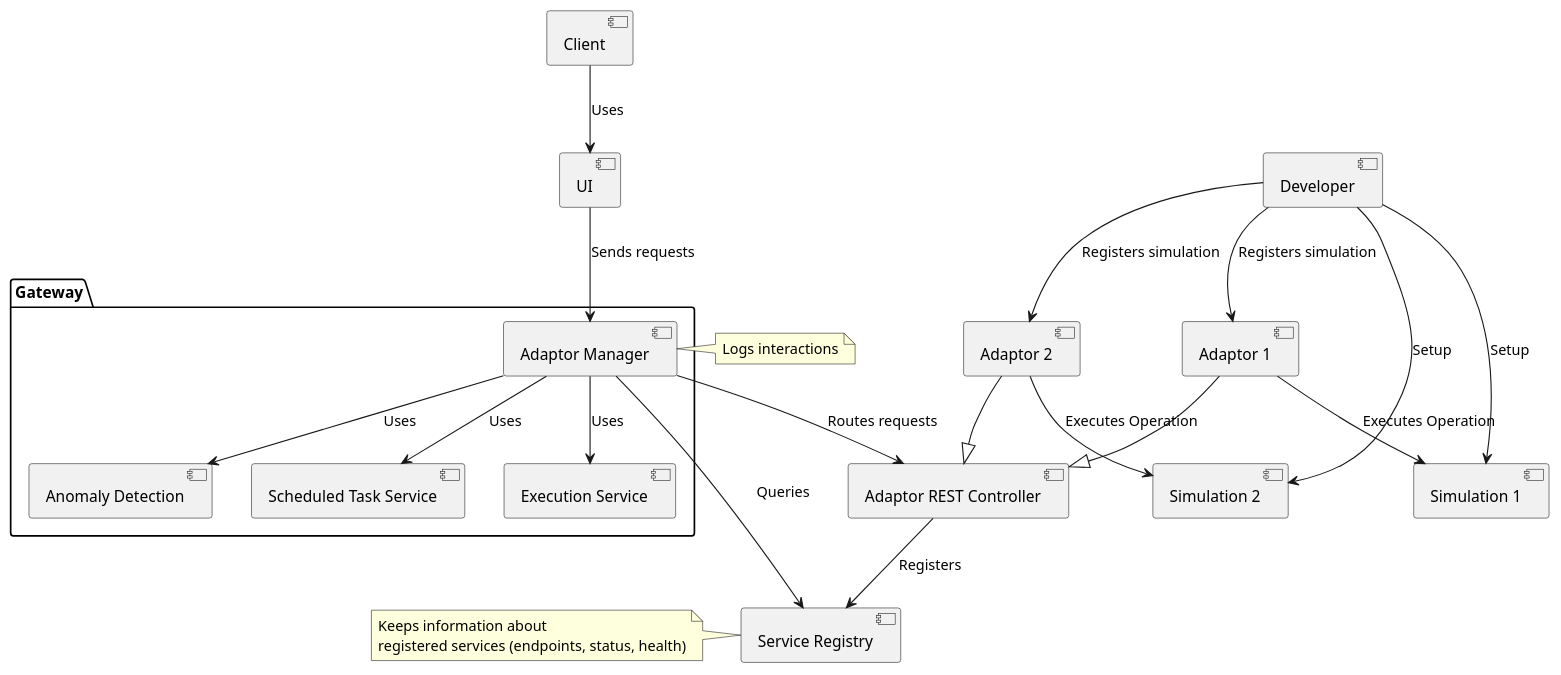
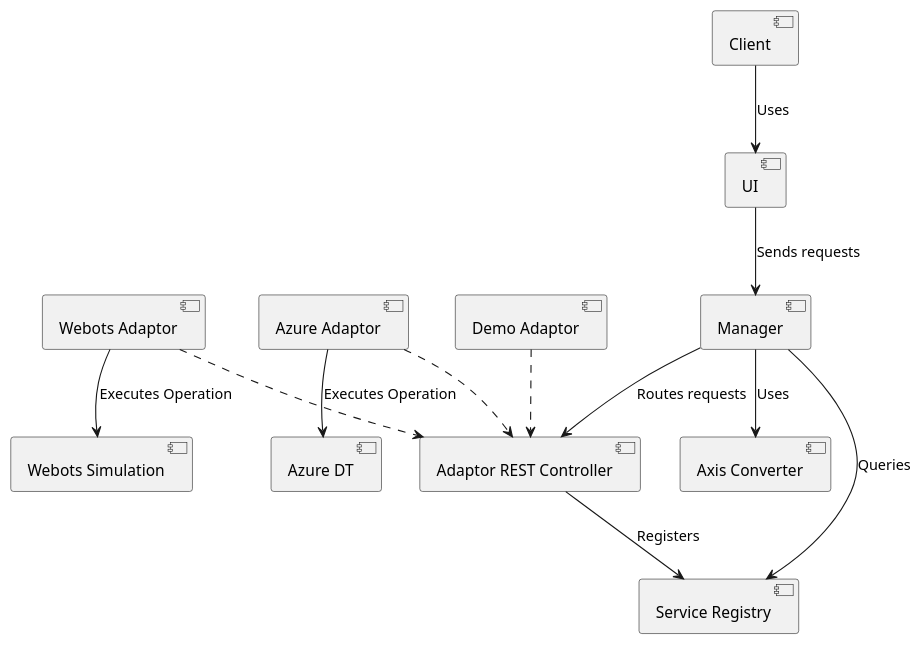
The diagram in 1. Konzept/architecture.puml (jku-swe-simcomp/project-management), drawn with PlantUML before and after one commit. The commit also changed 2 other files, not shown here.

Commit message:
diagram adjustements

```diff
--- a/1. Konzept/architecture.puml
+++ b/1. Konzept/architecture.puml
@@ -1,43 +1,16 @@
 @startuml
-
-[Service Registry]
-
-[Adaptor 1] --|> [Adaptor REST Controller]
-[Adaptor 2] --|> [Adaptor REST Controller]
-
-package "Gateway" {
-[Adaptor Manager]
-[Execution Service]
-[Anomaly Detection]
-[Scheduled Task Service]
-}
-
-[Simulation 1]
-[Simulation 2]
-
-[Adaptor Manager] --> [Service Registry] : Queries
-[Adaptor Manager] --> [Adaptor REST Controller] : Routes requests
+[Webots Adaptor] ..> [Adaptor REST Controller]
+[Demo Adaptor] ..> [Adaptor REST Controller]
+[Azure Adaptor] ..> [Adaptor REST Controller]
+[Webots Simulation]
+[Azure DT]
+[Manager] --> [Service Registry] : Queries
+[Manager] --> [Adaptor REST Controller] : Routes requests
 [Adaptor REST Controller] --> [Service Registry] : Registers
-[Adaptor 1] --> [Simulation 1] : Executes Operation
-[Adaptor 2] --> [Simulation 2] : Executes Operation
-[Adaptor Manager] --> [Execution Service] : Uses
-[Adaptor Manager] --> [Scheduled Task Service] : Uses
-[Adaptor Manager] --> [Anomaly Detection] : Uses
-
-note right of [Adaptor Manager]
-  Logs interactions
-end note
-
-note left of [Service Registry]
-  Keeps information about 
-  registered services (endpoints, status, health)
-end note
-
+[Webots Adaptor] --> [Webots Simulation] : Executes Operation
+[Azure Adaptor] --> [Azure DT] : Executes Operation
+[Manager] --> [Axis Converter] : Uses
 [Client] --> [UI] : Uses
-[UI] --> [Adaptor Manager] : Sends requests
-[Developer] --> [Simulation 1] : Setup
-[Developer] --> [Adaptor 1] : Registers simulation
-[Developer] --> [Simulation 2]: Setup
-[Developer] --> [Adaptor 2]: Registers simulation
+[UI] --> [Manager] : Sends requests
 
 @enduml
```
